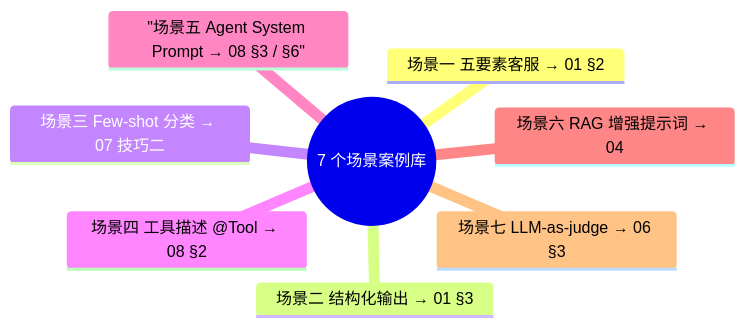
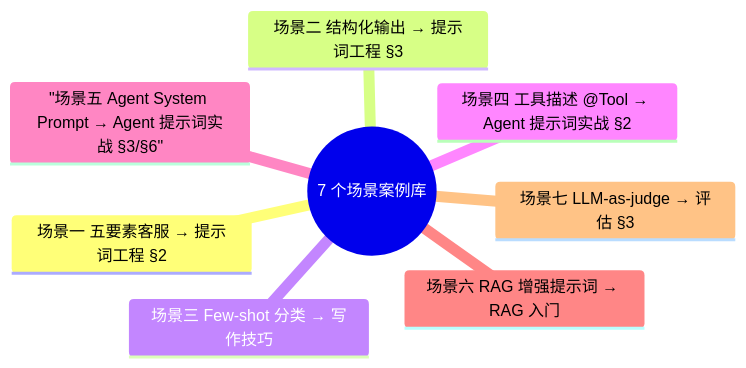
One commit to UranusGit/java-agent-learn changed the first of 3 diagrams in docs/附录/Agent与提示词工程专题/16-框架提示词案例库.md. Above: the diagram before and after it, drawn with Mermaid. The commit also changed other lines of this file and 184 other files, not shown here.

````diff
--- a/docs/附录/Agent与提示词工程专题/16-框架提示词案例库.md
+++ b/docs/附录/Agent与提示词工程专题/16-框架提示词案例库.md
@@ -18,11 +18,11 @@
 ```mermaid
 mindmap
   root((7 个场景案例库))
-    场景一 五要素客服 → 01 §2
-    场景二 结构化输出 → 01 §3
-    场景三 Few-shot 分类 → 07 技巧二
-    场景四 工具描述 @Tool → 08 §2
-    "场景五 Agent System Prompt → 08 §3 / §6"
-    场景六 RAG 增强提示词 → 04
-    场景七 LLM-as-judge → 06 §3
+    场景一 五要素客服 → 提示词工程 §2
+    场景二 结构化输出 → 提示词工程 §3
+    场景三 Few-shot 分类 → 写作技巧
+    场景四 工具描述 @Tool → Agent 提示词实战 §2
+    "场景五 Agent System Prompt → Agent 提示词实战 §3/§6"
+    场景六 RAG 增强提示词 → RAG 入门
+    场景七 LLM-as-judge → 评估 §3
 ```
````
